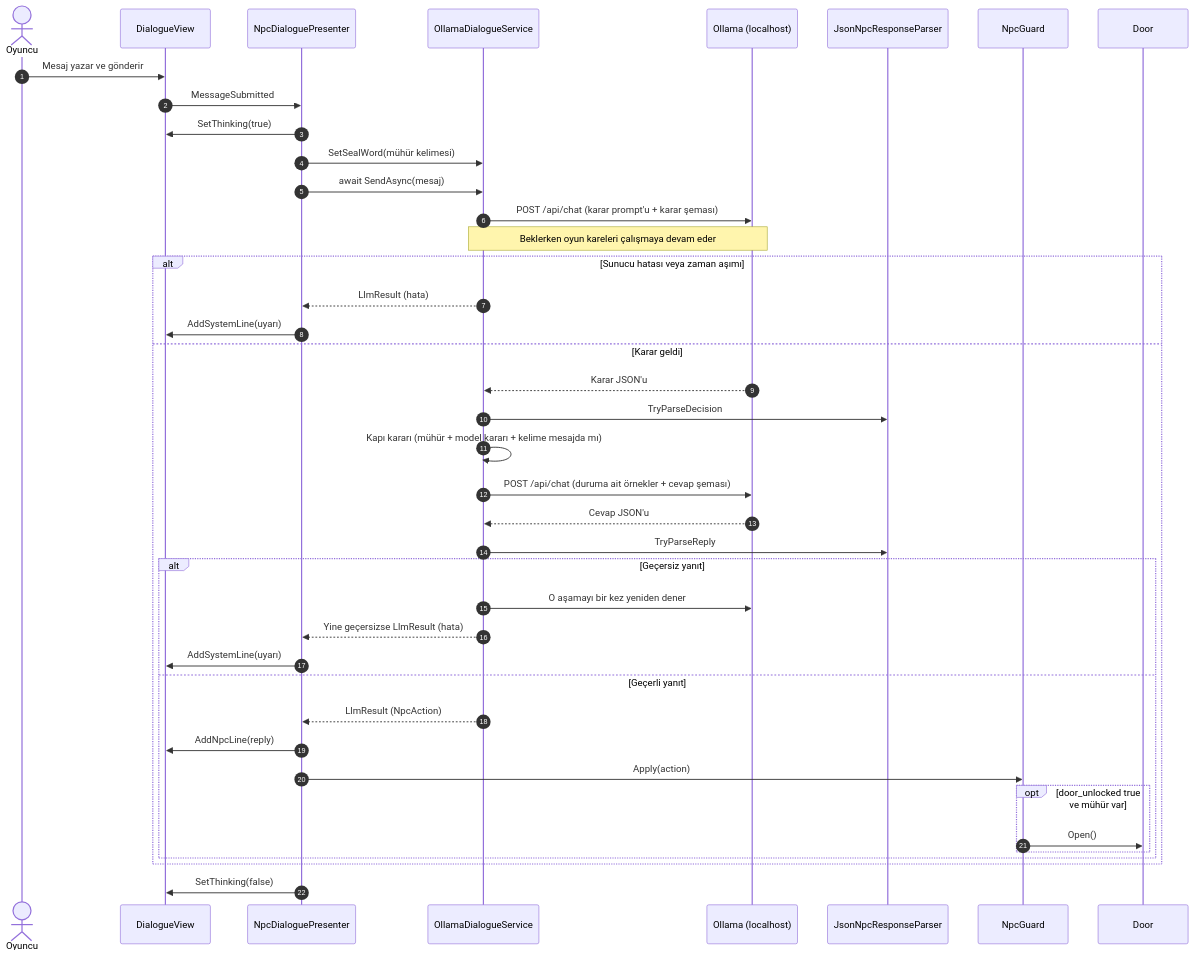
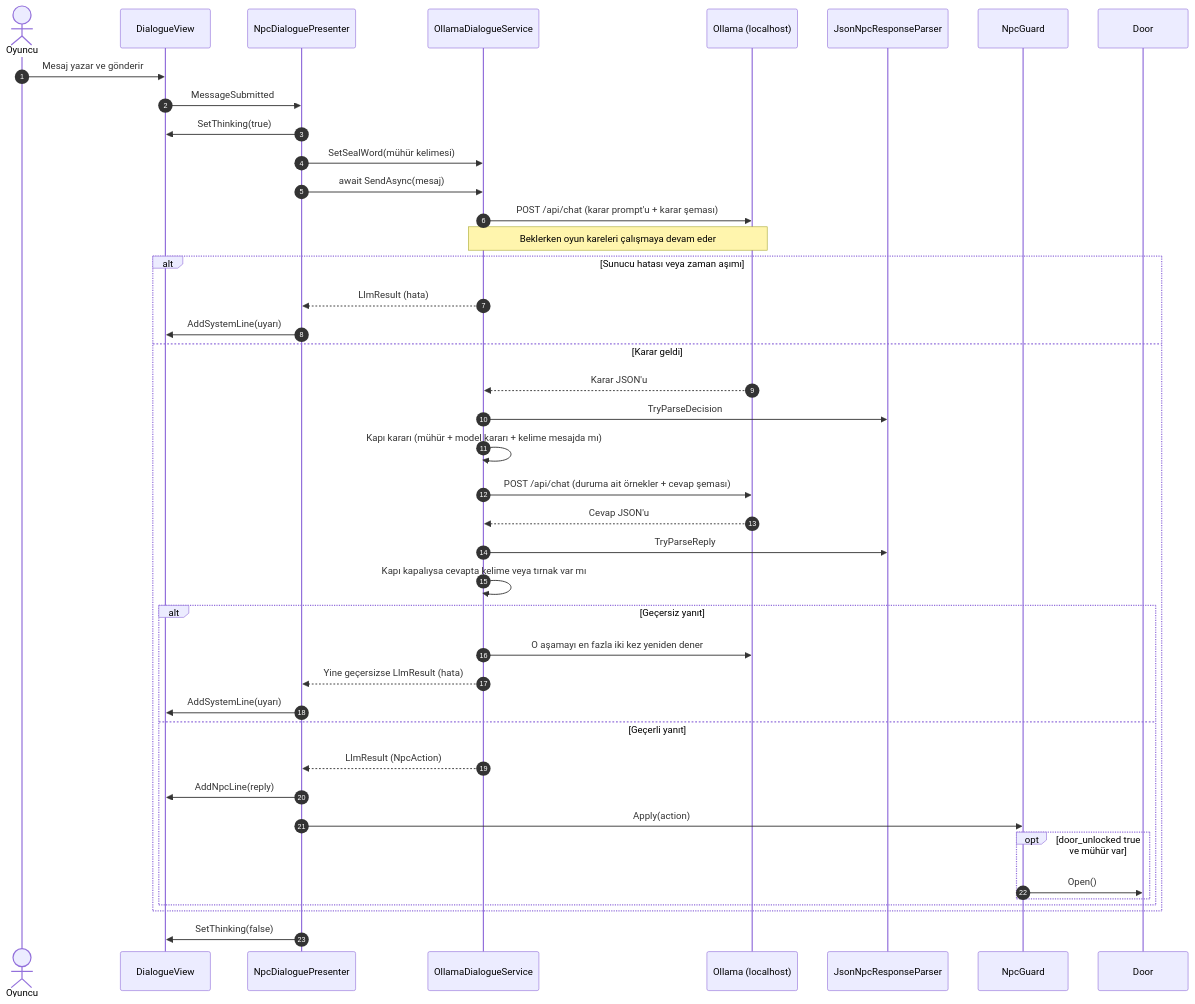
The fourth of 4 diagrams in README.md (serifealeynaon/YazLab1-Proje1), drawn with Mermaid before and after one commit. The commit also changed other lines of this file and 16 other files, not shown here.

Commit message:
Muhafız mühür kelimesini bilmiyor ve ondan söz etmiyor, kapalı kapıda kelime veya tırnaklı cevap yeniden isteniyor

````diff
--- a/README.md
+++ b/README.md
@@ -260,44 +264,45 @@
 ```mermaid
 sequenceDiagram
     autonumber
     actor Oyuncu
     participant View as DialogueView
     participant Presenter as NpcDialoguePresenter
     participant Service as OllamaDialogueService
     participant Ollama as Ollama (localhost)
     participant Parser as JsonNpcResponseParser
     participant Guard as NpcGuard
     participant Door as Door
 
     Oyuncu->>View: Mesaj yazar ve gönderir
     View->>Presenter: MessageSubmitted
     Presenter->>View: SetThinking(true)
     Presenter->>Service: SetSealWord(mühür kelimesi)
     Presenter->>Service: await SendAsync(mesaj)
     Service->>Ollama: POST /api/chat (karar prompt'u + karar şeması)
     Note over Service,Ollama: Beklerken oyun kareleri çalışmaya devam eder
     alt Sunucu hatası veya zaman aşımı
         Service-->>Presenter: LlmResult (hata)
         Presenter->>View: AddSystemLine(uyarı)
     else Karar geldi
         Ollama-->>Service: Karar JSON'u
         Service->>Parser: TryParseDecision
         Service->>Service: Kapı kararı (mühür + model kararı + kelime mesajda mı)
         Service->>Ollama: POST /api/chat (duruma ait örnekler + cevap şeması)
         Ollama-->>Service: Cevap JSON'u
         Service->>Parser: TryParseReply
+        Service->>Service: Kapı kapalıysa cevapta kelime veya tırnak var mı
         alt Geçersiz yanıt
-            Service->>Ollama: O aşamayı bir kez yeniden dener
+            Service->>Ollama: O aşamayı en fazla iki kez yeniden dener
             Service-->>Presenter: Yine geçersizse LlmResult (hata)
             Presenter->>View: AddSystemLine(uyarı)
         else Geçerli yanıt
             Service-->>Presenter: LlmResult (NpcAction)
             Presenter->>View: AddNpcLine(reply)
             Presenter->>Guard: Apply(action)
             opt door_unlocked true ve mühür var
                 Guard->>Door: Open()
             end
         end
     end
     Presenter->>View: SetThinking(false)
 ```
````
